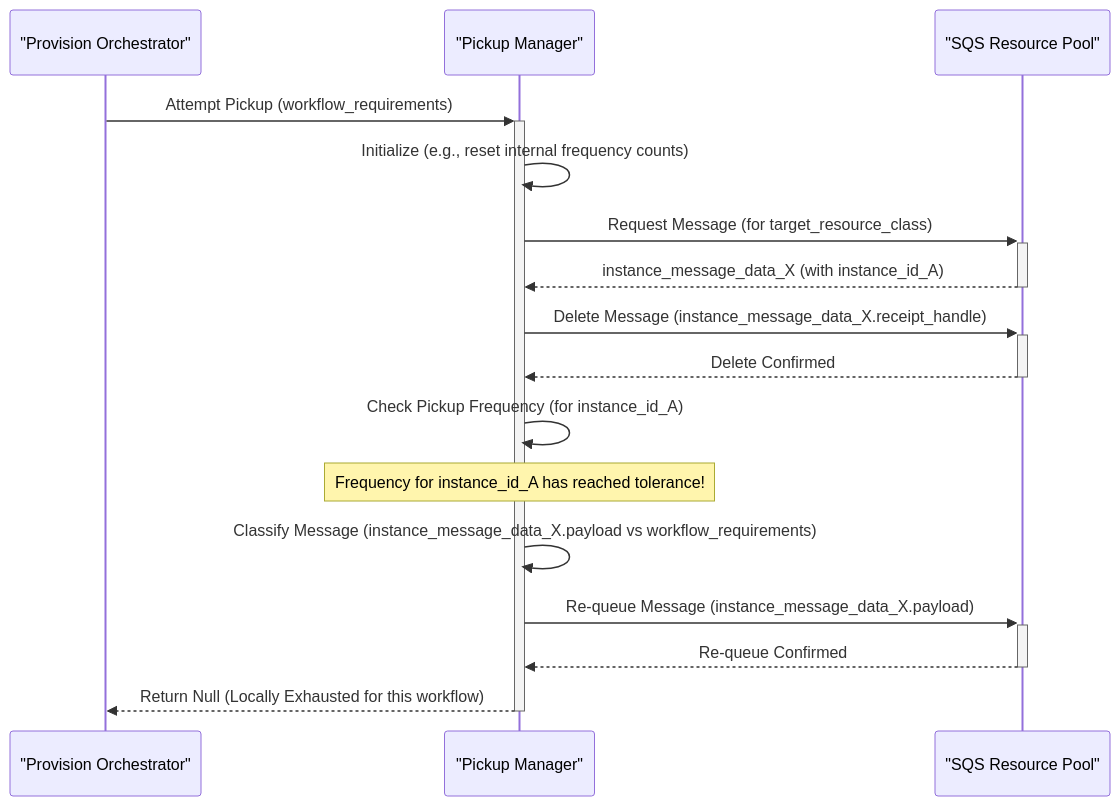
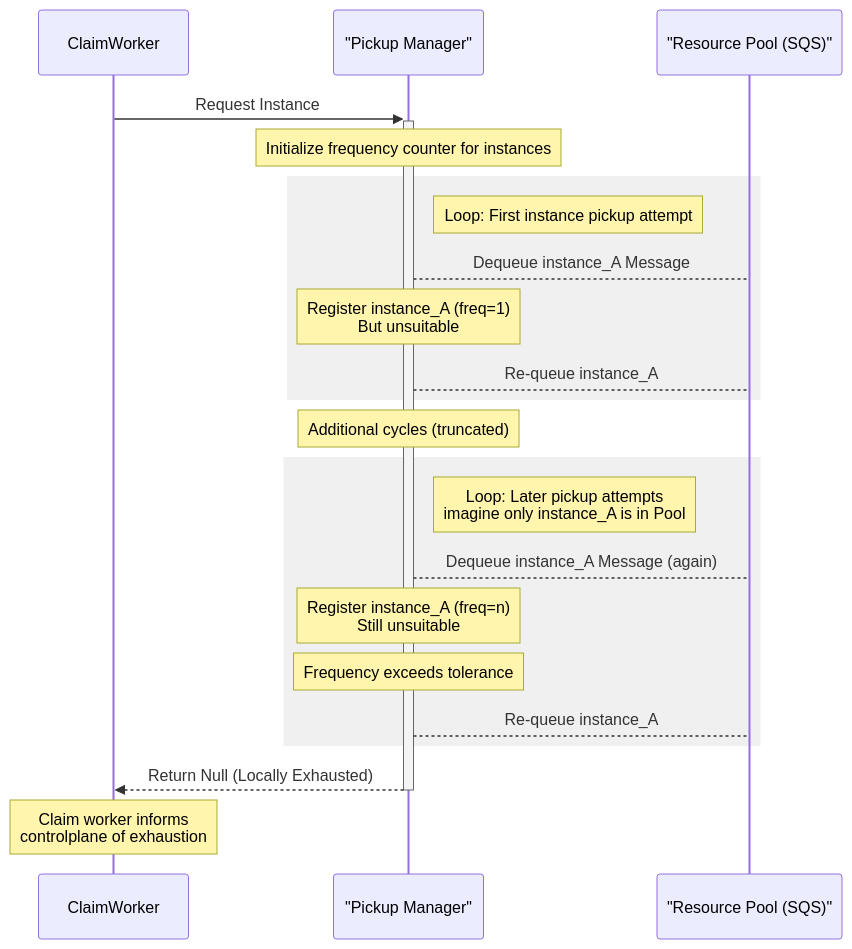
The third of 3 diagrams in docs/architecture/provision/selection/pickup-manager.md (fleet-actions/ec2-runner-pool-manager), drawn with Mermaid before and after one commit. The commit also changed other lines of this file and 1 other file, not shown here.

Commit message:
docs(provision): enhance documentation with emojis and clarity

````diff
--- a/docs/architecture/provision/selection/pickup-manager.md
+++ b/docs/architecture/provision/selection/pickup-manager.md
@@ -43,29 +103,33 @@
     ```mermaid
     sequenceDiagram
-        participant Orchestrator as "Provision Orchestrator"
+        participant ClaimWorker
         participant PM as "Pickup Manager"
-        participant SQS_Pool as "SQS Resource Pool"
+        participant SQS_Pool as "Resource Pool (SQS)"
 
-        Orchestrator->>+PM: Attempt Pickup (workflow_requirements)
-        PM->>PM: Initialize (e.g., reset internal frequency counts)
+        ClaimWorker->>+PM: Request Instance
         
-        %% Simulating a few attempts leading to local exhaustion
-        %% Attempt 1 (or N) - Message received, frequency incremented, but eventually tolerance is hit
-        PM->>+SQS_Pool: Request Message (for target_resource_class)
-        SQS_Pool-->>-PM: instance_message_data_X (with instance_id_A)
-        
-        PM->>+SQS_Pool: Delete Message (instance_message_data_X.receipt_handle)
-        SQS_Pool-->>-PM: Delete Confirmed
-                
-        PM->>PM: Check Pickup Frequency (for instance_id_A)
-        %% Assume frequency for instance_id_A is now at tolerance limit
-        Note over PM: Frequency for instance_id_A has reached tolerance!
+        Note over PM: Initialize frequency counter for instances
 
-        PM->>PM: Classify Message (instance_message_data_X.payload vs workflow_requirements)
-        %% Even if message itself is OK or Mismatch, frequency takes precedence for local exhaustion
+        rect rgb(240, 240, 240)
+            Note right of PM: Loop: First instance pickup attempt
+            PM-->SQS_Pool: Dequeue instance_A Message
+            
+            Note over PM: Register instance_A (freq=1)<br>But unsuitable
+            PM-->SQS_Pool: Re-queue instance_A
+            
+        end
 
-        PM->>+SQS_Pool: Re-queue Message (instance_message_data_X.payload)
-        SQS_Pool-->>-PM: Re-queue Confirmed
-                    
-        PM-->>-Orchestrator: Return Null (Locally Exhausted for this workflow)
+        Note over PM: Additional cycles (truncated)
+
+        rect rgb(240, 240, 240)
+            Note right of PM: Loop: Later pickup attempts <br> imagine only instance_A is in Pool
+            PM-->SQS_Pool: Dequeue instance_A Message (again)
+            
+            Note over PM: Register instance_A (freq=n)<br>Still unsuitable
+            Note over PM: Frequency exceeds tolerance
+            PM-->SQS_Pool: Re-queue instance_A
+        end
+
+        PM-->>-ClaimWorker: Return Null (Locally Exhausted)
+        Note over ClaimWorker: Claim worker informs <br>controlplane of exhaustion
     ```
````
